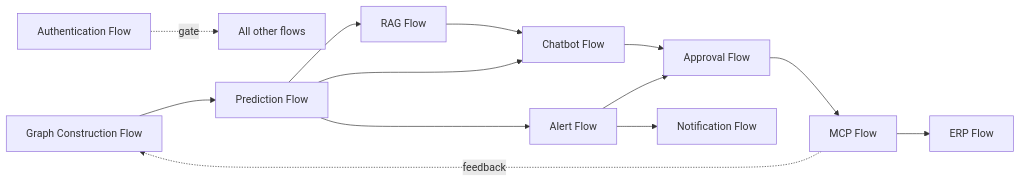
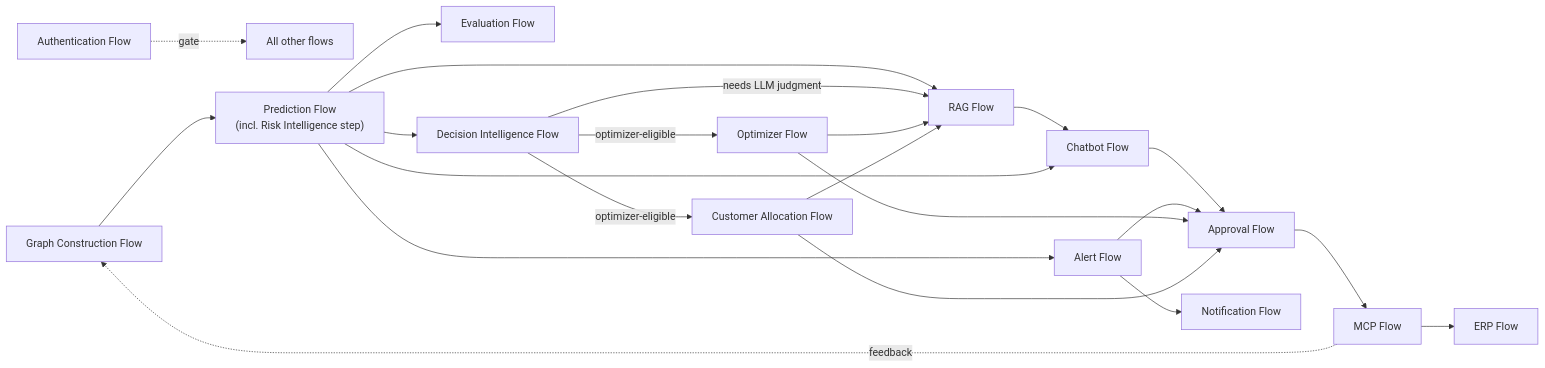
Before and after one commit to murali-ftw/ChainPilot: diagram 11 of 15 in docs/04_Application_Flow.md, drawn with Mermaid. The commit also changed other lines of this file and 17 other files, not shown here.

````diff
--- a/docs/04_Application_Flow.md
+++ b/docs/04_Application_Flow.md
@@ -321,15 +332,24 @@
 ```mermaid
 flowchart LR
     AUTH["Authentication Flow"] -.gate.-> ALL["All other flows"]
-    GC["Graph Construction Flow"] --> PRED["Prediction Flow"]
+    GC["Graph Construction Flow"] --> PRED["Prediction Flow\n(incl. Risk Intelligence step)"]
+    PRED --> EVALF["Evaluation Flow"]
     PRED --> RAGF["RAG Flow"]
     PRED --> ALERTF["Alert Flow"]
+    PRED --> DECF["Decision Intelligence Flow"]
     RAGF --> CHATF["Chatbot Flow"]
     PRED --> CHATF
+    DECF -->|optimizer-eligible| OPTF["Optimizer Flow"]
+    DECF -->|optimizer-eligible| ALLOCF["Customer Allocation Flow"]
+    DECF -->|needs LLM judgment| RAGF
+    OPTF --> RAGF
+    ALLOCF --> RAGF
     CHATF --> APPR["Approval Flow"]
     ALERTF --> APPR
+    OPTF --> APPR
+    ALLOCF --> APPR
     ALERTF --> NOTIF["Notification Flow"]
     APPR --> MCPF["MCP Flow"]
     MCPF --> ERPF["ERP Flow"]
     MCPF -.feedback.-> GC
 ```
````
